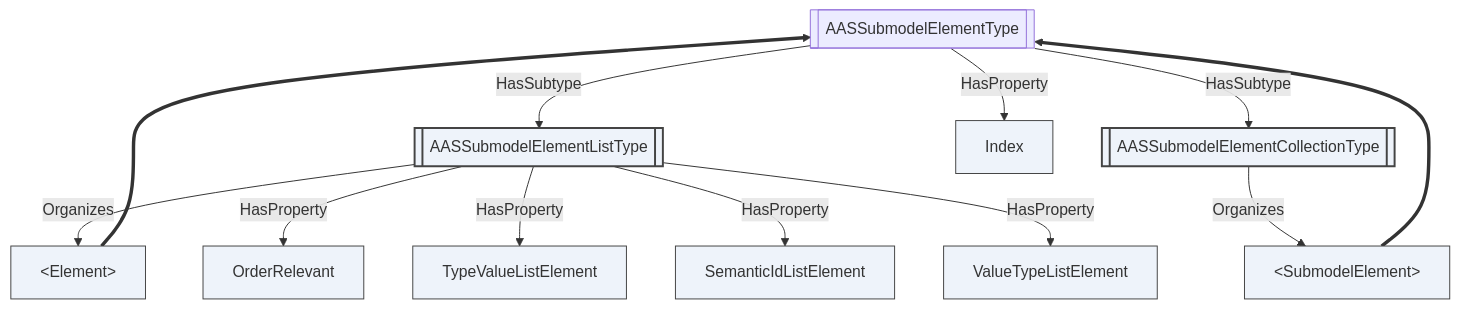
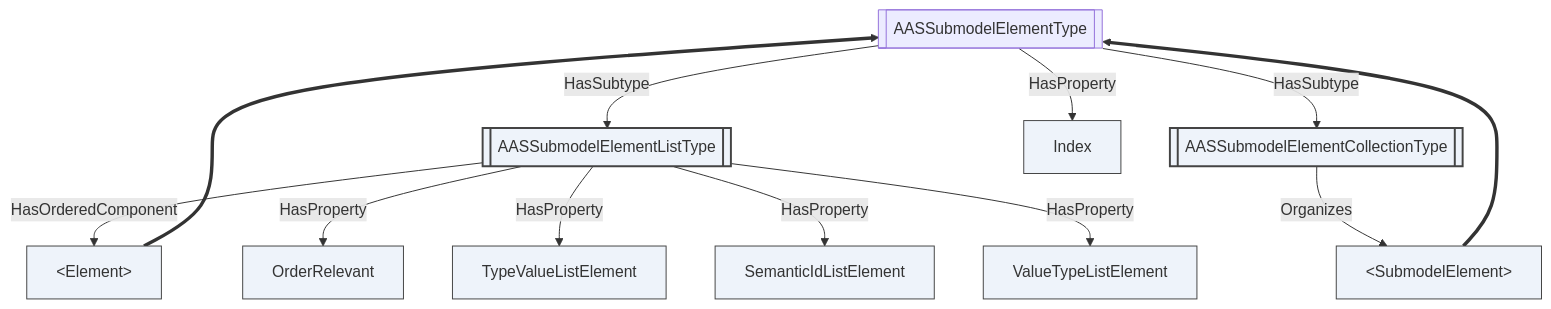
The ninth of 12 diagrams in companion-specs/AAS/OPC-UA-AAS.md (marcschier/opcua-drafts), drawn with Mermaid before and after one commit. The commit also changed other lines of this file and 7 other files, not shown here.

First line of the commit message:
fix(aas): correct the value mapping, adopt HasOrderedComponent, and justify three design choices

````diff
--- a/companion-specs/AAS/OPC-UA-AAS.md
+++ b/companion-specs/AAS/OPC-UA-AAS.md
@@ -698,30 +740,30 @@
 ```mermaid
 flowchart TD
   SET[[AASSubmodelElementType]]:::objecttype,abstract
   SEL[[AASSubmodelElementListType]]:::objecttype
   SEC[[AASSubmodelElementCollectionType]]:::objecttype
   ELM[&lt;Element&gt;]:::object
   SUB[&lt;SubmodelElement&gt;]:::object
   ORD[OrderRelevant]:::variable
   TVL[TypeValueListElement]:::variable
   SIL[SemanticIdListElement]:::variable
   VTL[ValueTypeListElement]:::variable
   IDX[Index]:::variable
 
   SET -->|HasSubtype| SEL
   SET -->|HasSubtype| SEC
   SET -->|HasProperty| IDX
-  SEL -->|Organizes| ELM
+  SEL -->|HasOrderedComponent| ELM
   SEC -->|Organizes| SUB
   ELM ==> SET
   SUB ==> SET
   SEL -->|HasProperty| ORD
   SEL -->|HasProperty| TVL
   SEL -->|HasProperty| SIL
   SEL -->|HasProperty| VTL
 
   classDef object fill:#eef3fa,stroke:#444
   classDef variable fill:#eef3fa,stroke:#444
   classDef objecttype fill:#eef3fa,stroke:#444,stroke-width:2px
   classDef abstract fill:#eef3fa,stroke:#444,stroke-width:2px,font-style:italic
 ```
````
